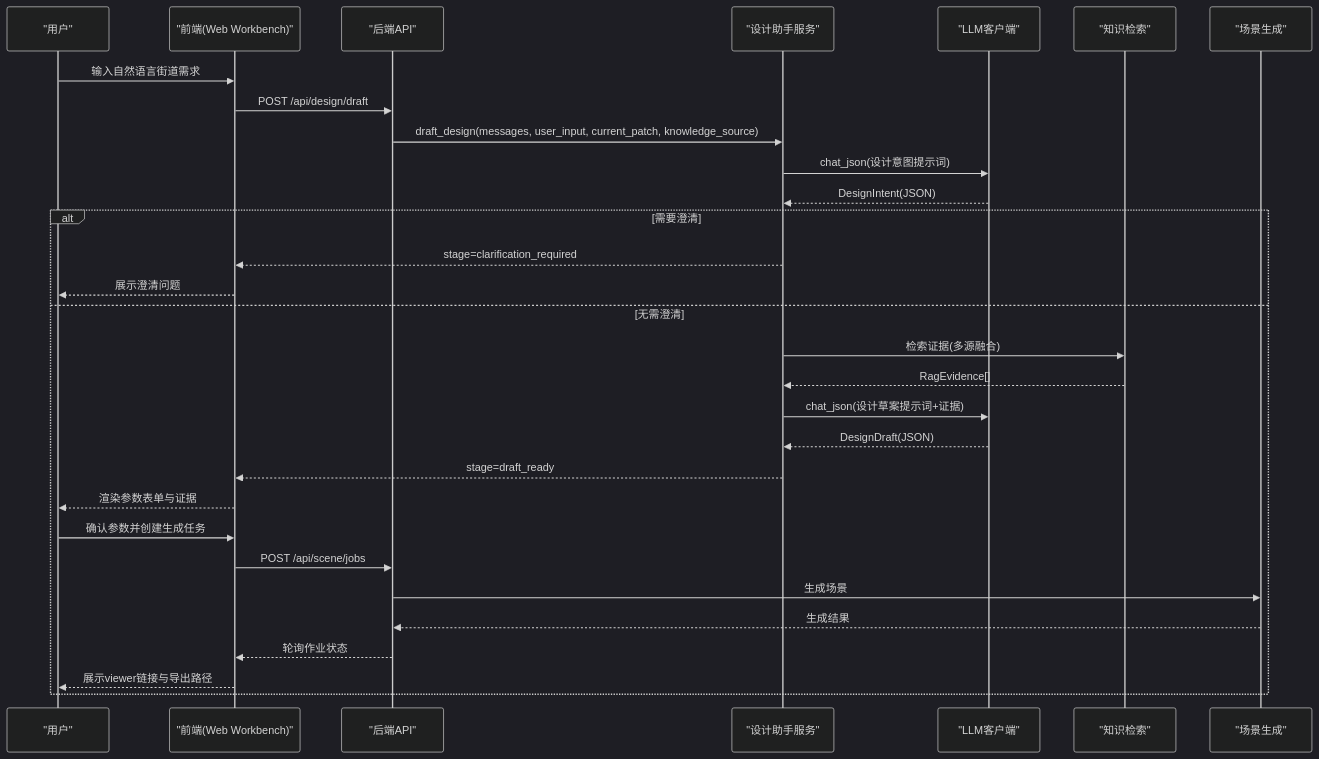
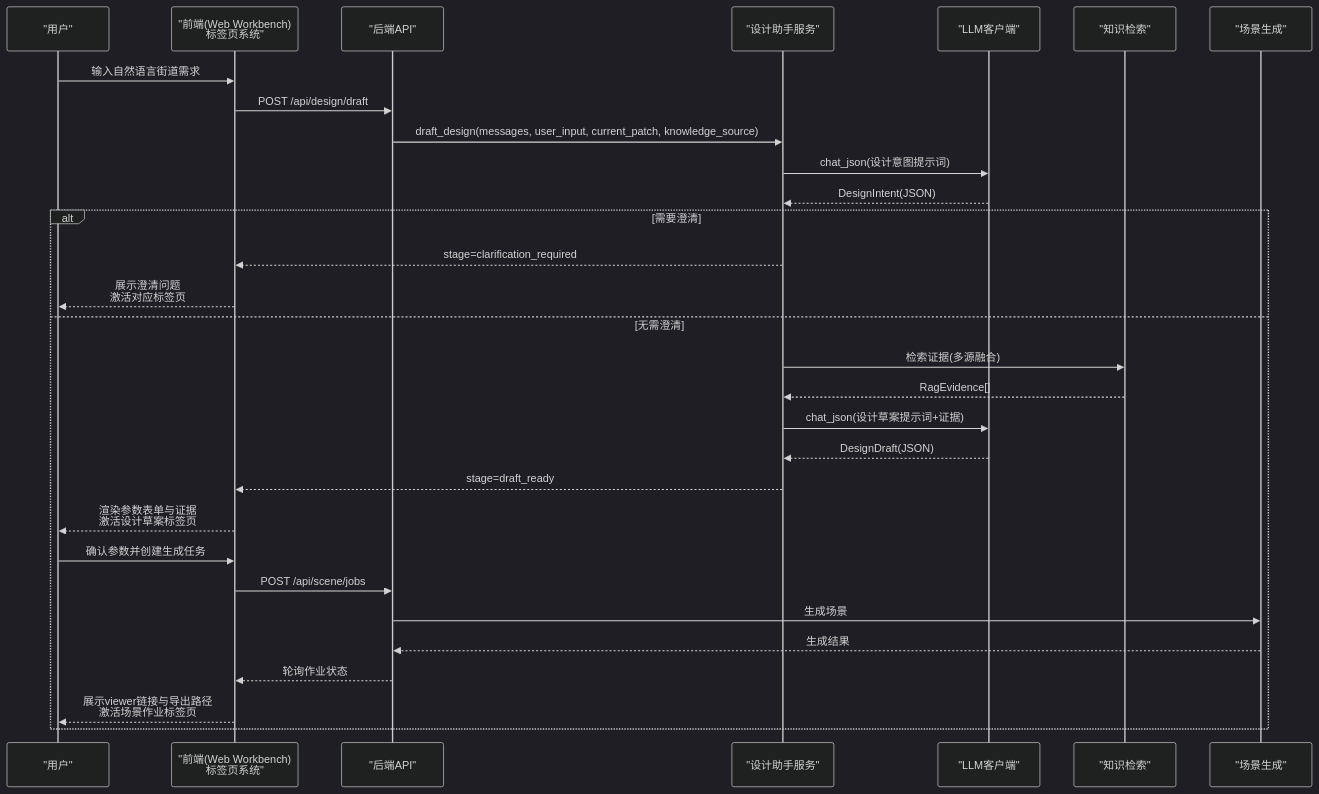
One commit to wsqstar/RoadGen3D changed the second of 8 diagrams in .qoder/repowiki/zh/content/Web界面系统/工作台界面/LLM对话面板.md. Above: the diagram before and after it, drawn with Mermaid (dark theme). The commit also changed other lines of this file and 8 other files, not shown here.

````diff
--- a/.qoder/repowiki/zh/content/Web界面系统/工作台界面/LLM对话面板.md
+++ b/.qoder/repowiki/zh/content/Web界面系统/工作台界面/LLM对话面板.md
@@ -111,32 +127,32 @@
 ```mermaid
 sequenceDiagram
 participant U as "用户"
-participant FE as "前端(Web Workbench)"
+participant FE as "前端(Web Workbench)<br/>标签页系统"
 participant API as "后端API"
 participant DA as "设计助手服务"
 participant LLM as "LLM客户端"
 participant RAG as "知识检索"
 participant GEN as "场景生成"
 U->>FE : 输入自然语言街道需求
 FE->>API : POST /api/design/draft
 API->>DA : draft_design(messages, user_input, current_patch, knowledge_source)
 DA->>LLM : chat_json(设计意图提示词)
 LLM-->>DA : DesignIntent(JSON)
 alt 需要澄清
 DA-->>FE : stage=clarification_required
-FE-->>U : 展示澄清问题
+FE-->>U : 展示澄清问题<br/>激活对应标签页
 else 无需澄清
 DA->>RAG : 检索证据(多源融合)
 RAG-->>DA : RagEvidence[]
 DA->>LLM : chat_json(设计草案提示词+证据)
 LLM-->>DA : DesignDraft(JSON)
 DA-->>FE : stage=draft_ready
-FE-->>U : 渲染参数表单与证据
+FE-->>U : 渲染参数表单与证据<br/>激活设计草案标签页
 U->>FE : 确认参数并创建生成任务
 FE->>API : POST /api/scene/jobs
 API->>GEN : 生成场景
 GEN-->>API : 生成结果
 API-->>FE : 轮询作业状态
-FE-->>U : 展示viewer链接与导出路径
+FE-->>U : 展示viewer链接与导出路径<br/>激活场景作业标签页
 end
 ```
````
